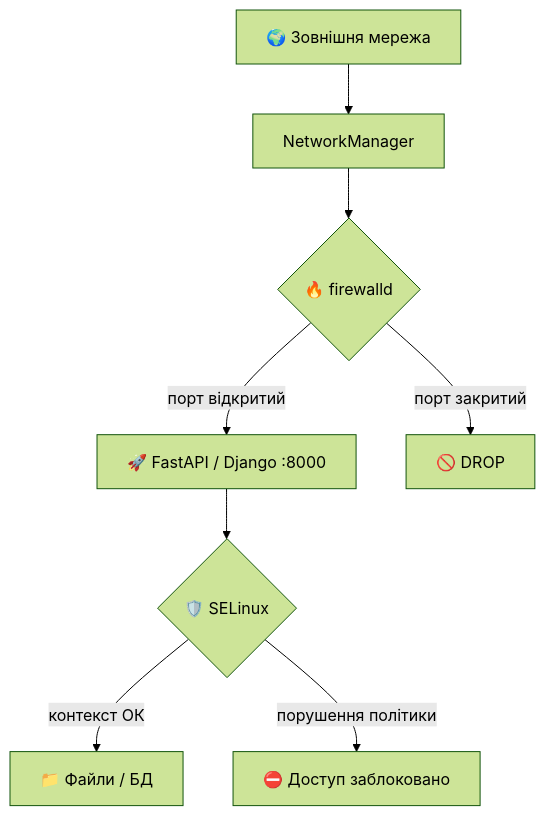
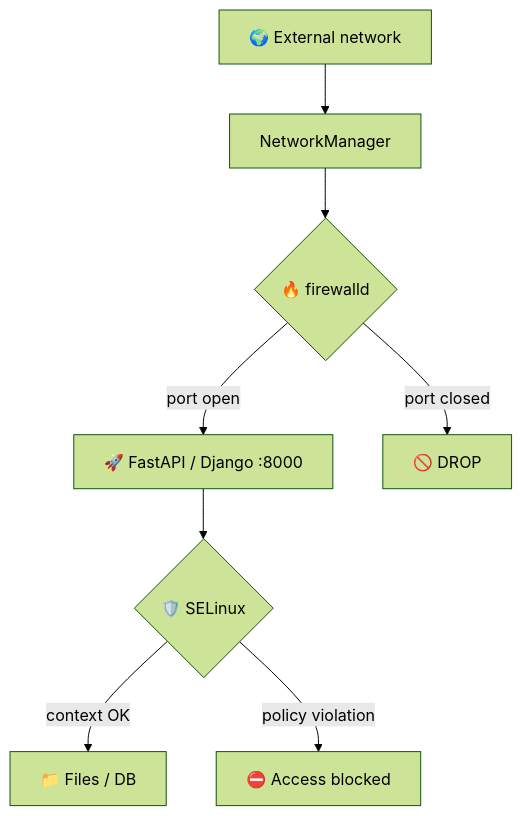
The eighth of 13 diagrams in commands.md (andriyevski/python-learning-portfolio), drawn with Mermaid (forest theme) before and after one commit. The commit also changed other lines of this file and 3 other files, not shown here.

````diff
--- a/commands.md
+++ b/commands.md
@@ -419,10 +424,10 @@
 ```mermaid
 graph TD
-    N["🌍 Зовнішня мережа"] --> NM["NetworkManager"]
+    N["🌍 External network"] --> NM["NetworkManager"]
     NM --> FW{"🔥 firewalld"}
-    FW -->|"порт відкритий"| APP["🚀 FastAPI / Django :8000"]
-    FW -->|"порт закритий"| DROP["🚫 DROP"]
+    FW -->|"port open"| APP["🚀 FastAPI / Django :8000"]
+    FW -->|"port closed"| DROP["🚫 DROP"]
     APP --> SE{"🛡️ SELinux"}
-    SE -->|"контекст ОК"| FS["📁 Файли / БД"]
-    SE -->|"порушення політики"| BLK["⛔ Доступ заблоковано"]
+    SE -->|"context OK"| FS["📁 Files / DB"]
+    SE -->|"policy violation"| BLK["⛔ Access blocked"]
 ```
````
